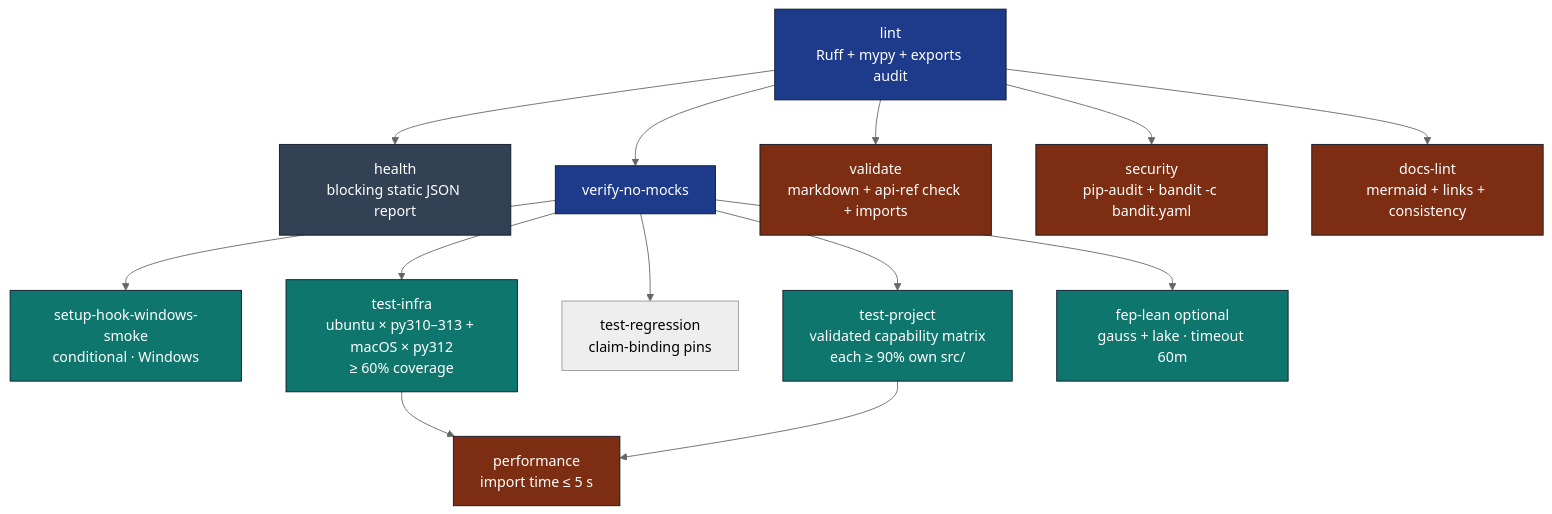
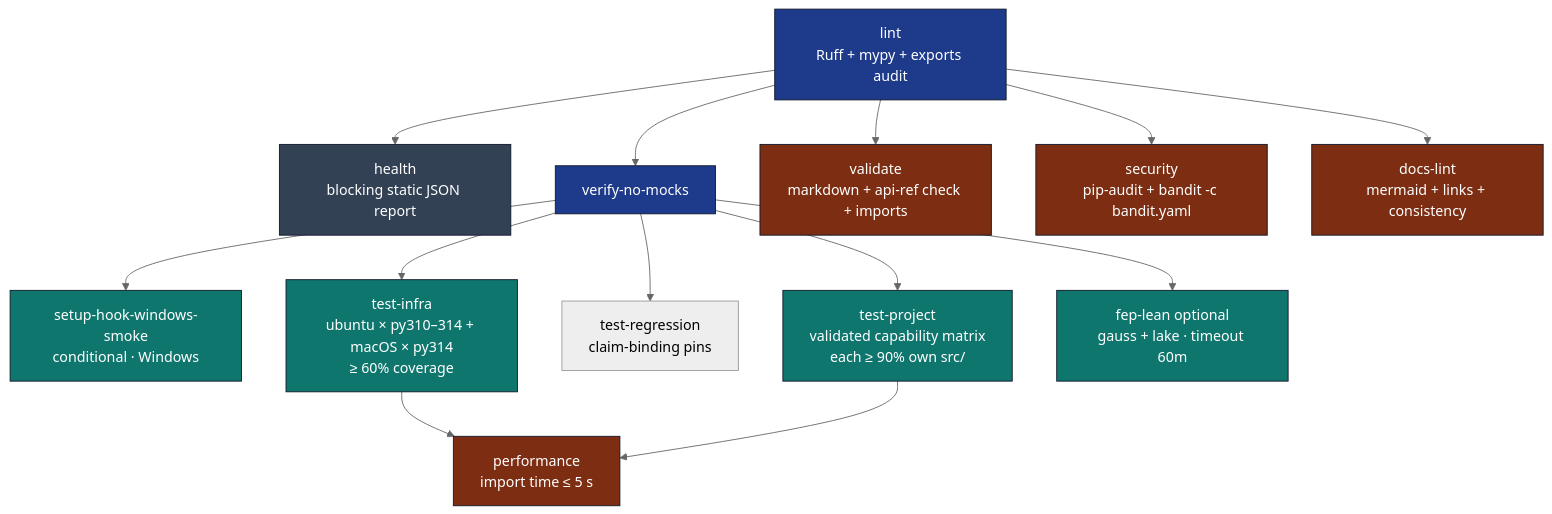
One commit to docxology/template changed the diagram in .github/workflows/README.md. Above: the diagram before and after it, drawn with Mermaid (neutral theme). The commit also changed 216 other files, not shown here.

````diff
--- a/.github/workflows/README.md
+++ b/.github/workflows/README.md
@@ -22,24 +22,24 @@
 ```mermaid
 flowchart TB
     LINT[lint<br/>Ruff + mypy + exports audit] --> HEALTH[health<br/>blocking static JSON report]
     LINT --> VNM[verify-no-mocks]
     LINT --> VAL[validate<br/>markdown + api-ref check + imports]
     LINT --> SEC[security<br/>pip-audit + bandit -c bandit.yaml]
     LINT --> DL[docs-lint<br/>mermaid + links + consistency]
     VNM --> SHW[setup-hook-windows-smoke<br/>conditional · Windows]
-    VNM --> TI[test-infra<br/>ubuntu × py310–313 + macOS × py312<br/>≥ 60% coverage]
+    VNM --> TI[test-infra<br/>ubuntu × py310–314 + macOS × py314<br/>≥ 60% coverage]
     VNM --> TR[test-regression<br/>claim-binding pins]
     VNM --> TP[test-project<br/>validated capability matrix<br/>each ≥ 90% own src/]
     VNM --> FL[fep-lean optional<br/>gauss + lake · timeout 60m]
     TI --> PERF[performance<br/>import time ≤ 5 s]
     TP --> PERF
 
     classDef gate fill:#1e3a8a,stroke:#0f172a,color:#fff
     classDef matrix fill:#0f766e,stroke:#0f172a,color:#fff
     classDef terminal fill:#7c2d12,stroke:#0f172a,color:#fff
     classDef info fill:#334155,stroke:#0f172a,color:#fff
     class LINT,VNM gate
     class TI,TP,FL,SHW matrix
     class VAL,SEC,DL,PERF terminal
     class HEALTH info
 ```
````
